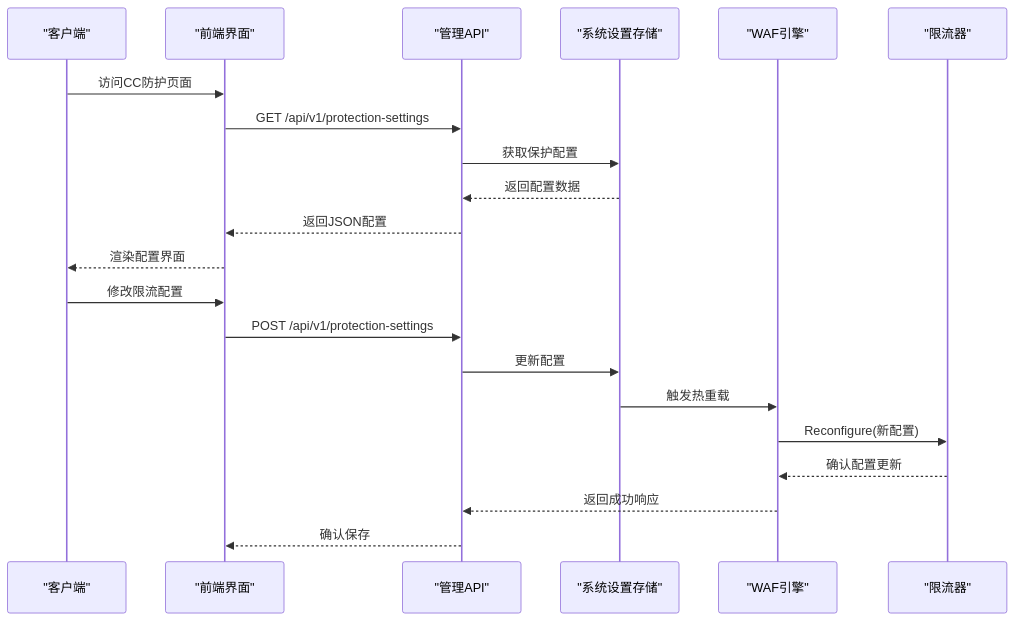
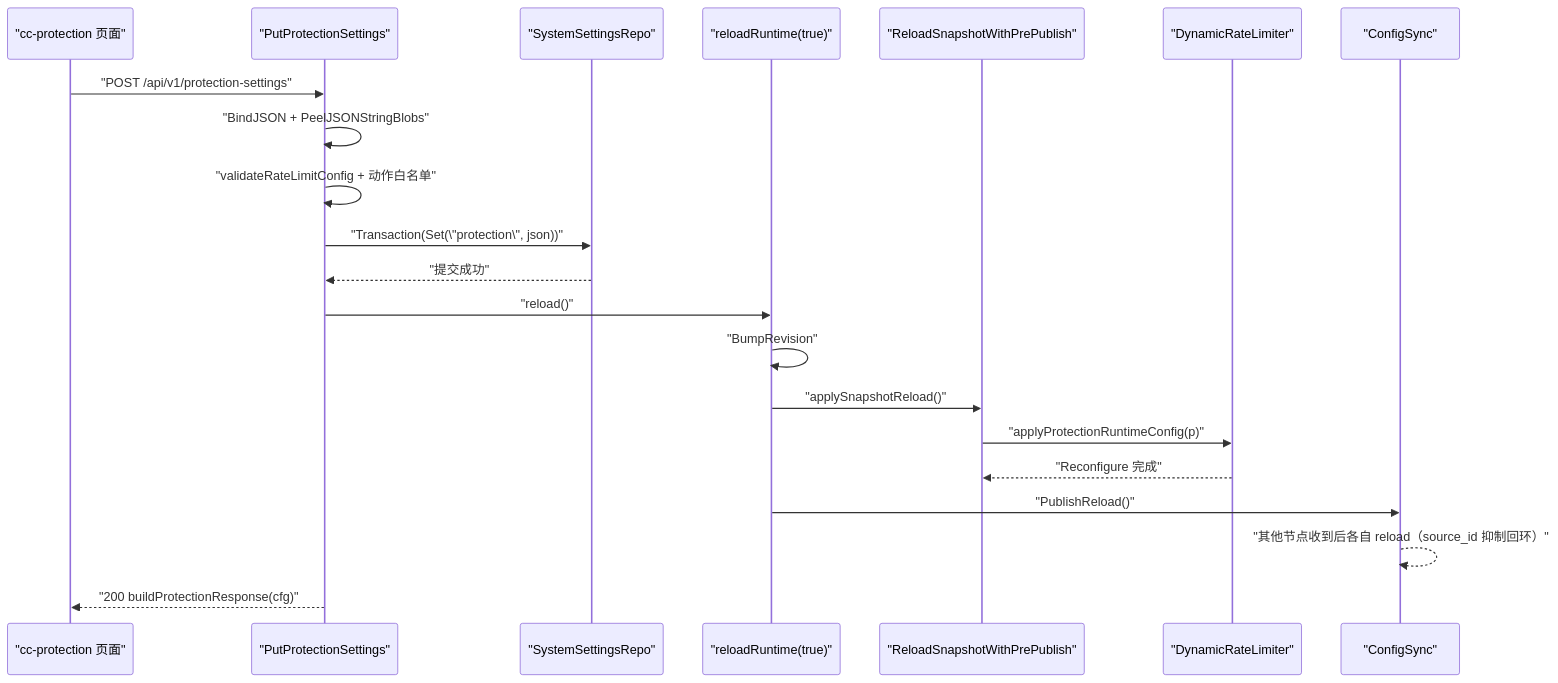
Before and after one commit to x01n/My-OpenWaf: the fourth of 9 diagrams in docs/安全防护功能/速率限制机制/限流配置管理.md, drawn with Mermaid. The commit also changed other lines of this file and 622 other files, not shown here.

````diff
--- a/docs/安全防护功能/速率限制机制/限流配置管理.md
+++ b/docs/安全防护功能/速率限制机制/限流配置管理.md
@@ -181,23 +261,23 @@
 ```mermaid
 sequenceDiagram
-participant Client as "客户端"
-participant Frontend as "前端界面"
-participant API as "管理API"
-participant Storage as "系统设置存储"
-participant Engine as "WAF引擎"
-participant Limiter as "限流器"
-Client->>Frontend : 访问CC防护页面
-Frontend->>API : GET /api/v1/protection-settings
-API->>Storage : 获取保护配置
-Storage-->>API : 返回配置数据
-API-->>Frontend : 返回JSON配置
-Frontend-->>Client : 渲染配置界面
-Client->>Frontend : 修改限流配置
-Frontend->>API : POST /api/v1/protection-settings
-API->>Storage : 更新配置
-Storage->>Engine : 触发热重载
-Engine->>Limiter : Reconfigure(新配置)
-Limiter-->>Engine : 确认配置更新
-Engine-->>API : 返回成功响应
-API-->>Frontend : 确认保存
+participant FE as "cc-protection 页面"
+participant API as "PutProtectionSettings"
+participant Repo as "SystemSettingsRepo"
+participant RL as "reloadRuntime(true)"
+participant Snap as "ReloadSnapshotWithPrePublish"
+participant Dyn as "DynamicRateLimiter"
+participant Sync as "ConfigSync"
+FE->>API : "POST /api/v1/protection-settings"
+API->>API : "BindJSON + PeelJSONStringBlobs"
+API->>API : "validateRateLimitConfig + 动作白名单"
+API->>Repo : "Transaction(Set(\"protection\", json))"
+Repo-->>API : "提交成功"
+API->>RL : "reload()"
+RL->>RL : "BumpRevision"
+RL->>Snap : "applySnapshotReload()"
+Snap->>Dyn : "applyProtectionRuntimeConfig(p)"
+Dyn-->>Snap : "Reconfigure 完成"
+RL->>Sync : "PublishReload()"
+Sync-->>Sync : "其他节点收到后各自 reload（source_id 抑制回环）"
+API-->>FE : "200 buildProtectionResponse(cfg)"
 ```
````
